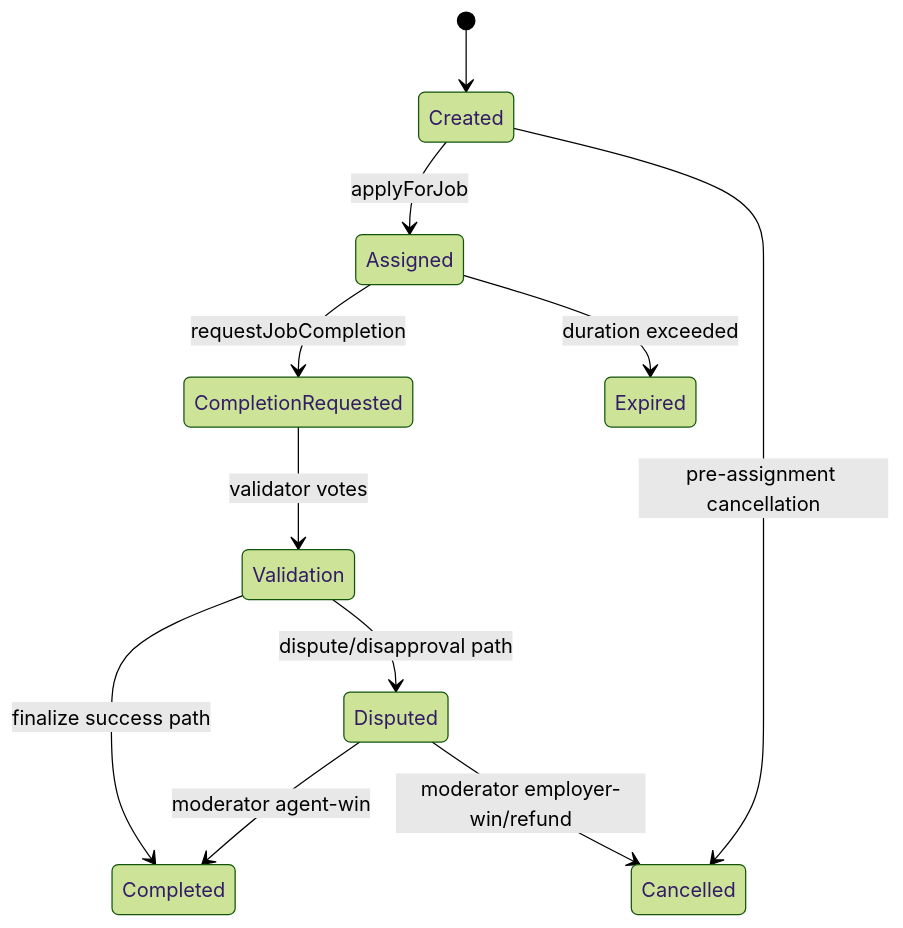
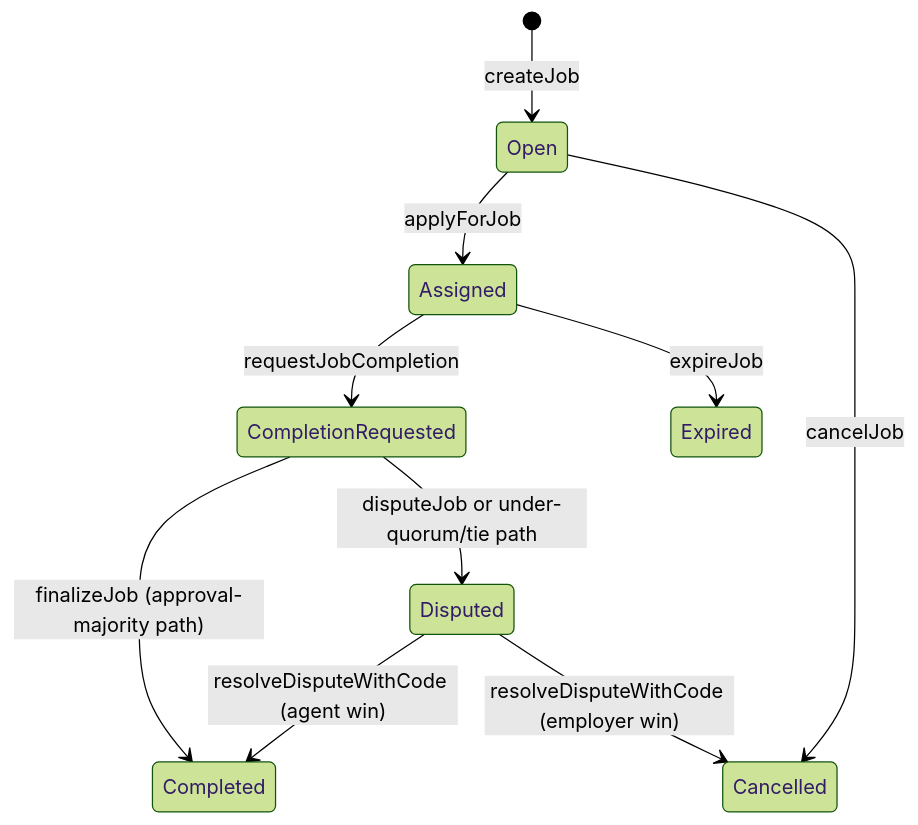
One commit to MontrealAI/AGIJobManager changed the second of 4 diagrams in docs/DEPLOYMENT/OWNER_MAINNET_DEPLOYMENT_AND_OPERATIONS_GUIDE.md. Above: the diagram before and after it, drawn with Mermaid (forest theme). The commit also changed other lines of this file and 1 other file, not shown here.

````diff
--- a/docs/DEPLOYMENT/OWNER_MAINNET_DEPLOYMENT_AND_OPERATIONS_GUIDE.md
+++ b/docs/DEPLOYMENT/OWNER_MAINNET_DEPLOYMENT_AND_OPERATIONS_GUIDE.md
@@ -240,13 +325,12 @@
 ```mermaid
 stateDiagram-v2
-  [*] --> Created
-  Created --> Assigned: applyForJob
+  [*] --> Open: createJob
+  Open --> Assigned: applyForJob
   Assigned --> CompletionRequested: requestJobCompletion
-  CompletionRequested --> Validation: validator votes
-  Validation --> Completed: finalize success path
-  Validation --> Disputed: dispute/disapproval path
-  Assigned --> Expired: duration exceeded
-  Created --> Cancelled: pre-assignment cancellation
-  Disputed --> Completed: moderator agent-win
-  Disputed --> Cancelled: moderator employer-win/refund
+  CompletionRequested --> Completed: finalizeJob (approval-majority path)
+  CompletionRequested --> Disputed: disputeJob or under-quorum/tie path
+  Assigned --> Expired: expireJob
+  Open --> Cancelled: cancelJob
+  Disputed --> Completed: resolveDisputeWithCode (agent win)
+  Disputed --> Cancelled: resolveDisputeWithCode (employer win)
 ```
````
